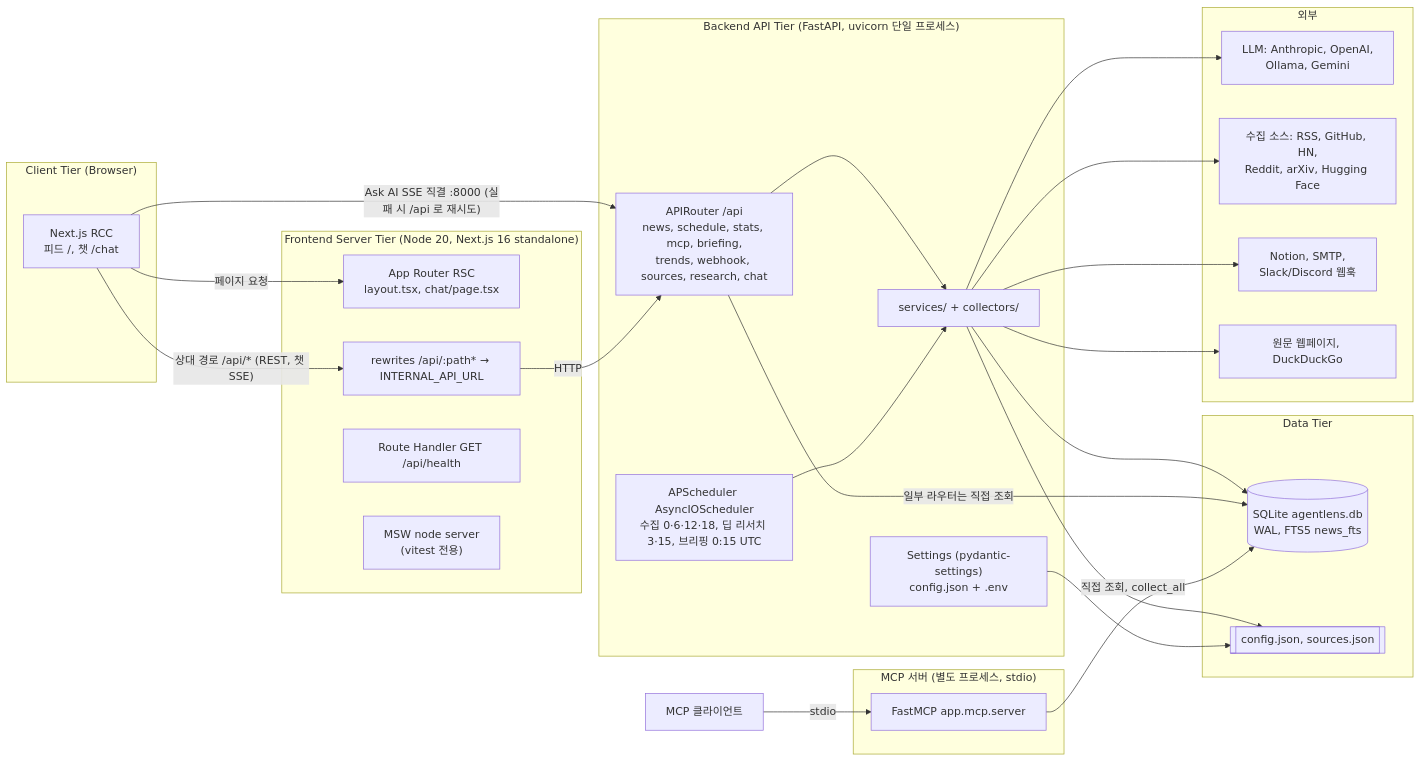
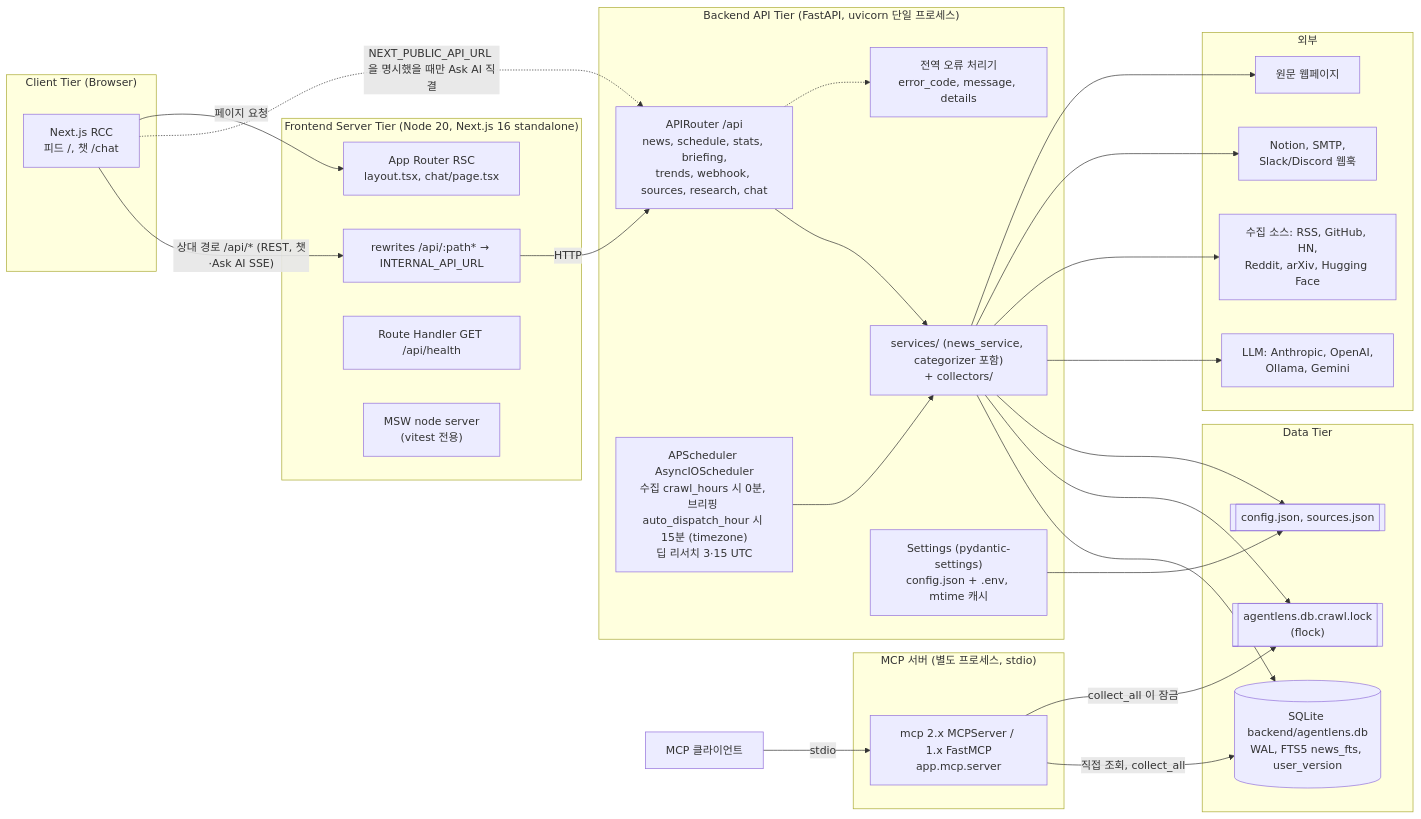
Before and after one commit to ozplayground/agent-lens: the first of 3 diagrams in docs/fullstack-architect/01_ARCHITECTURE_ADR.md, drawn with Mermaid. The commit also changed other lines of this file and 216 other files, not shown here.

````diff
--- a/docs/fullstack-architect/01_ARCHITECTURE_ADR.md
+++ b/docs/fullstack-architect/01_ARCHITECTURE_ADR.md
@@ -102,55 +117,59 @@
 ```mermaid
 flowchart LR
     subgraph Client ["Client Tier (Browser)"]
         UI["Next.js RCC<br/>피드 /, 챗 /chat"]
     end
 
     subgraph FrontendServer ["Frontend Server Tier (Node 20, Next.js 16 standalone)"]
         RSC["App Router RSC<br/>layout.tsx, chat/page.tsx"]
         RW["rewrites /api/:path* → INTERNAL_API_URL"]
         FH["Route Handler GET /api/health"]
         MSW["MSW node server<br/>(vitest 전용)"]
     end
 
     subgraph BackendServer ["Backend API Tier (FastAPI, uvicorn 단일 프로세스)"]
-        API["APIRouter /api<br/>news, schedule, stats, mcp, briefing,<br/>trends, webhook, sources, research, chat"]
-        SVC["services/ + collectors/"]
-        SCH["APScheduler AsyncIOScheduler<br/>수집 0·6·12·18, 딥 리서치 3·15, 브리핑 0:15 UTC"]
-        CFG["Settings (pydantic-settings)<br/>config.json + .env"]
+        ERR["전역 오류 처리기<br/>error_code, message, details"]
+        API["APIRouter /api<br/>news, schedule, stats, briefing,<br/>trends, webhook, sources, research, chat"]
+        SVC["services/ (news_service, categorizer 포함)<br/>+ collectors/"]
+        SCH["APScheduler AsyncIOScheduler<br/>수집 crawl_hours 시 0분, 브리핑 auto_dispatch_hour 시 15분 (timezone)<br/>딥 리서치 3·15 UTC"]
+        CFG["Settings (pydantic-settings)<br/>config.json + .env, mtime 캐시"]
     end
 
     subgraph McpProc ["MCP 서버 (별도 프로세스, stdio)"]
-        MCP["FastMCP app.mcp.server"]
+        MCP["mcp 2.x MCPServer / 1.x FastMCP<br/>app.mcp.server"]
     end
 
     subgraph DataTier ["Data Tier"]
-        DB[("SQLite agentlens.db<br/>WAL, FTS5 news_fts")]
+        DB[("SQLite backend/agentlens.db<br/>WAL, FTS5 news_fts, user_version")]
+        LOCK[["agentlens.db.crawl.lock<br/>(flock)"]]
         FILES[["config.json, sources.json"]]
     end
 
     subgraph External ["외부"]
         LLM["LLM: Anthropic, OpenAI,<br/>Ollama, Gemini"]
         SRC["수집 소스: RSS, GitHub, HN,<br/>Reddit, arXiv, Hugging Face"]
         OUT["Notion, SMTP,<br/>Slack/Discord 웹훅"]
-        WEB["원문 웹페이지, DuckDuckGo"]
+        WEB["원문 웹페이지"]
     end
 
     MCPC["MCP 클라이언트"]
 
-    UI -->|"상대 경로 /api/* (REST, 챗 SSE)"| RW
-    UI -->|"Ask AI SSE 직결 :8000 (실패 시 /api 로 재시도)"| API
+    UI -->|"상대 경로 /api/* (REST, 챗·Ask AI SSE)"| RW
+    UI -.->|"NEXT_PUBLIC_API_URL 을 명시했을 때만 Ask AI 직결"| API
     UI -->|"페이지 요청"| RSC
     RW -->|"HTTP"| API
     API --> SVC
+    API -.-> ERR
     SCH --> SVC
     SVC --> DB
-    API -->|"일부 라우터는 직접 조회"| DB
+    SVC --> LOCK
     SVC --> FILES
     CFG --> FILES
     SVC --> LLM
     SVC --> SRC
     SVC --> OUT
     SVC --> WEB
     MCPC -->|"stdio"| MCP
     MCP -->|"직접 조회, collect_all"| DB
+    MCP -->|"collect_all 이 잠금"| LOCK
 ```
````
